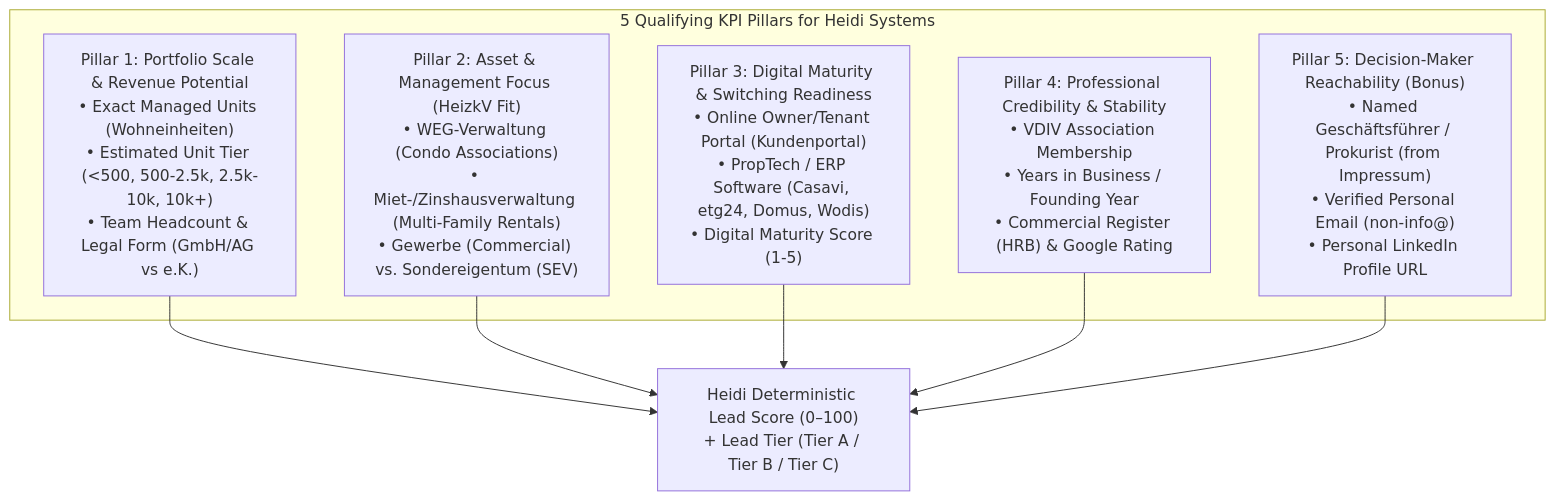
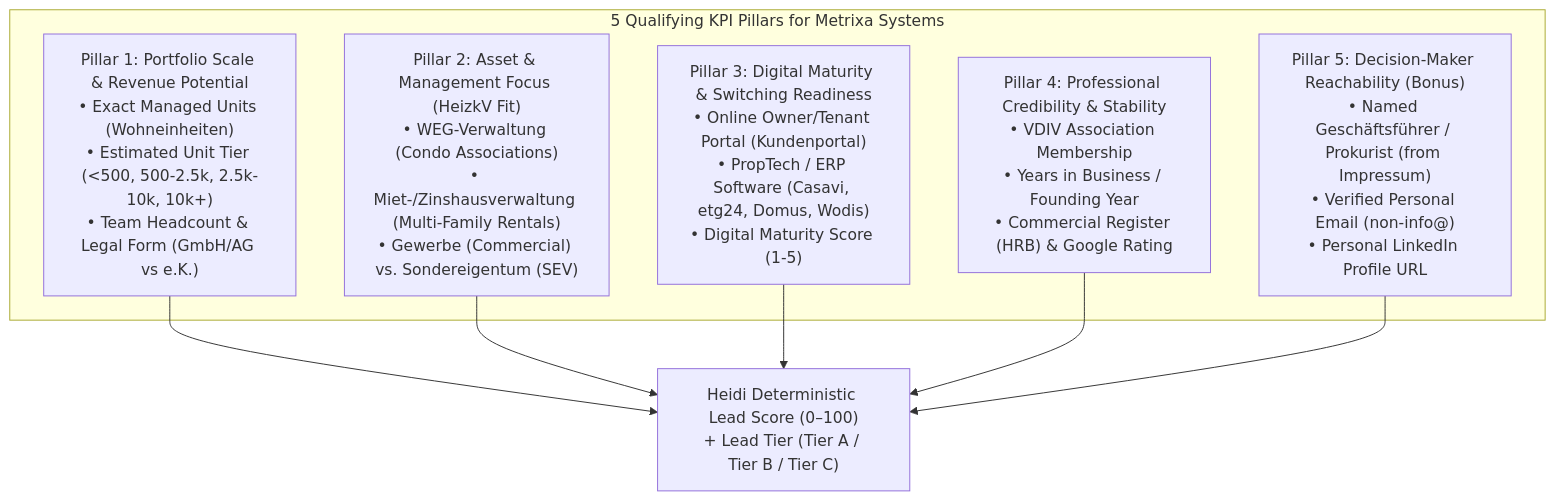
One commit to sainibhaowal/Metrixa-Systems changed the first of 2 diagrams in docs/Working Docs/04_TASK2_KPI_BLUEPRINT_CRAWLER_AND_SCORING_ENGINE.md. Above: the diagram before and after it, drawn with Mermaid. The commit also changed other lines of this file and 66 other files, not shown here.

Commit message:
feat(core): implement universal B2B leadops platform, add pre-commit hooks, and finalize Metrixa Systems

````diff
--- a/docs/Working Docs/04_TASK2_KPI_BLUEPRINT_CRAWLER_AND_SCORING_ENGINE.md
+++ b/docs/Working Docs/04_TASK2_KPI_BLUEPRINT_CRAWLER_AND_SCORING_ENGINE.md
@@ -15,13 +15,13 @@
 ```mermaid
 flowchart TD
-    subgraph Pillars["5 Qualifying KPI Pillars for Heidi Systems"]
+    subgraph Pillars["5 Qualifying KPI Pillars for Metrixa Systems"]
         P1["Pillar 1: Portfolio Scale & Revenue Potential\n• Exact Managed Units (Wohneinheiten)\n• Estimated Unit Tier (<500, 500-2.5k, 2.5k-10k, 10k+)\n• Team Headcount & Legal Form (GmbH/AG vs e.K.)"]
         P2["Pillar 2: Asset & Management Focus (HeizkV Fit)\n• WEG-Verwaltung (Condo Associations)\n• Miet-/Zinshausverwaltung (Multi-Family Rentals)\n• Gewerbe (Commercial) vs. Sondereigentum (SEV)"]
         P3["Pillar 3: Digital Maturity & Switching Readiness\n• Online Owner/Tenant Portal (Kundenportal)\n• PropTech / ERP Software (Casavi, etg24, Domus, Wodis)\n• Digital Maturity Score (1-5)"]
         P4["Pillar 4: Professional Credibility & Stability\n• VDIV Association Membership\n• Years in Business / Founding Year\n• Commercial Register (HRB) & Google Rating"]
         P5["Pillar 5: Decision-Maker Reachability (Bonus)\n• Named Geschäftsführer / Prokurist (from Impressum)\n• Verified Personal Email (non-info@)\n• Personal LinkedIn Profile URL"]
     end
 
     SCORE["Heidi Deterministic Lead Score (0–100)\n+ Lead Tier (Tier A / Tier B / Tier C)"]
     P1 & P2 & P3 & P4 & P5 --> SCORE
 ```
````
